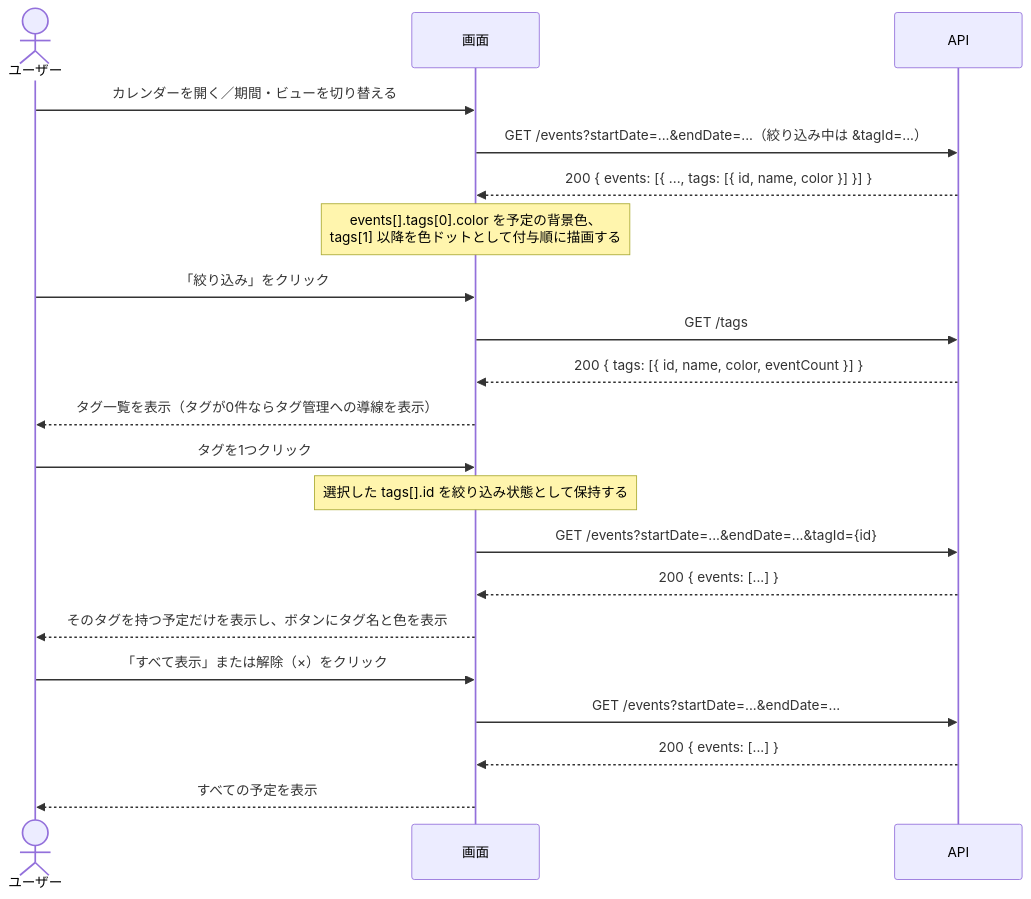
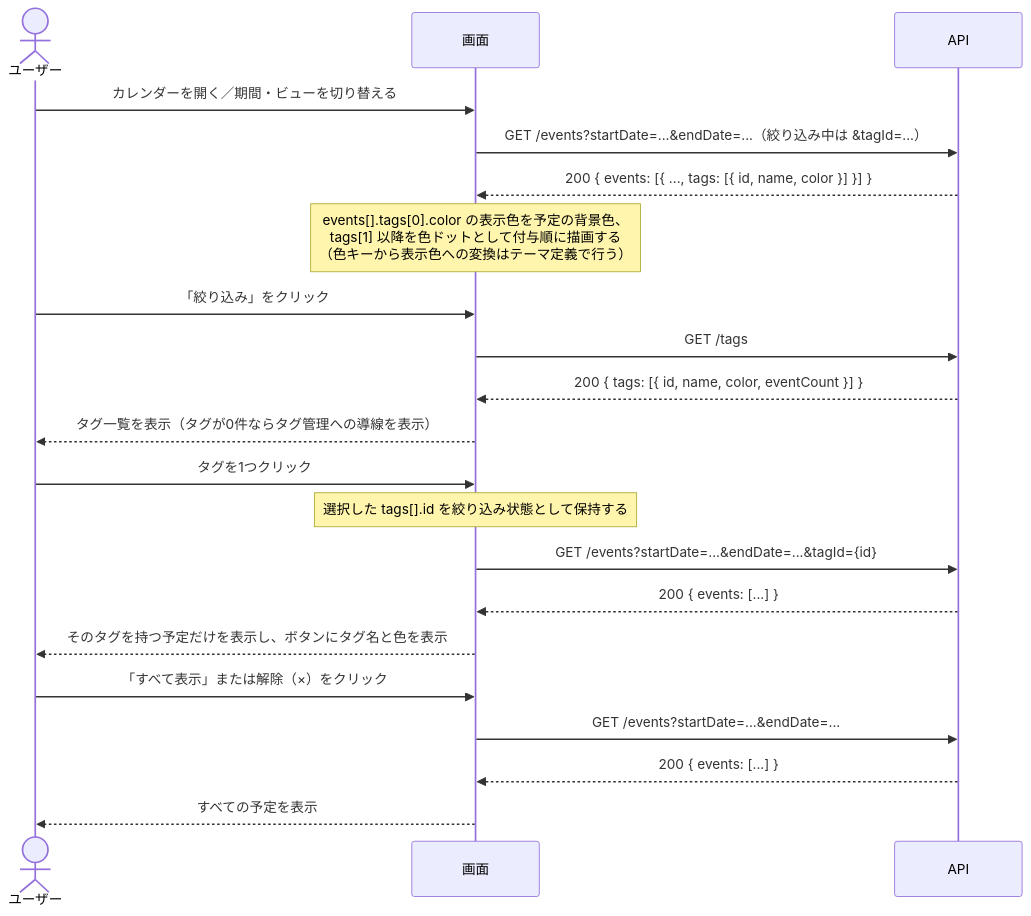
The fifth of 5 diagrams in docs/spec/SPEC-008-tags-labels.md (Haya372/ai-trial), drawn with Mermaid before and after one commit. The commit also changed other lines of this file and 1 other file, not shown here.

````diff
--- a/docs/spec/SPEC-008-tags-labels.md
+++ b/docs/spec/SPEC-008-tags-labels.md
@@ -401,24 +401,24 @@
 ```mermaid
 sequenceDiagram
     actor User as ユーザー
     participant UI as 画面
     participant API as API
 
     User->>UI: カレンダーを開く／期間・ビューを切り替える
     UI->>API: GET /events?startDate=...&endDate=...（絞り込み中は &tagId=...）
     API-->>UI: 200 { events: [{ ..., tags: [{ id, name, color }] }] }
-    Note over UI: events[].tags[0].color を予定の背景色、<br/>tags[1] 以降を色ドットとして付与順に描画する
+    Note over UI: events[].tags[0].color の表示色を予定の背景色、<br/>tags[1] 以降を色ドットとして付与順に描画する<br/>（色キーから表示色への変換はテーマ定義で行う）
     User->>UI: 「絞り込み」をクリック
     UI->>API: GET /tags
     API-->>UI: 200 { tags: [{ id, name, color, eventCount }] }
     UI-->>User: タグ一覧を表示（タグが0件ならタグ管理への導線を表示）
     User->>UI: タグを1つクリック
     Note over UI: 選択した tags[].id を絞り込み状態として保持する
     UI->>API: GET /events?startDate=...&endDate=...&tagId={id}
     API-->>UI: 200 { events: [...] }
     UI-->>User: そのタグを持つ予定だけを表示し、ボタンにタグ名と色を表示
     User->>UI: 「すべて表示」または解除（×）をクリック
     UI->>API: GET /events?startDate=...&endDate=...
     API-->>UI: 200 { events: [...] }
     UI-->>User: すべての予定を表示
 ```
````
